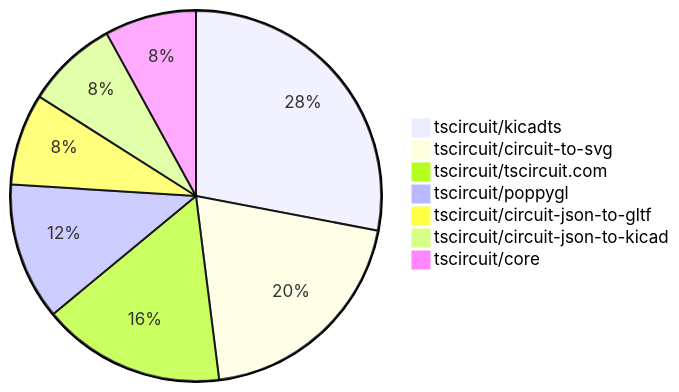
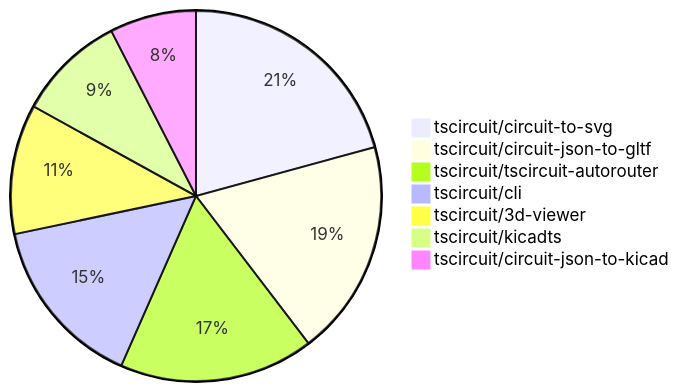
One commit to tscircuit/contribution-tracker changed the second of 2 diagrams in contribution-overviews/2025-10-01.md. Above: the diagram before and after it, drawn with Mermaid. The commit also changed other lines of this file and 3 other files, not shown here.

````diff
--- a/contribution-overviews/2025-10-01.md
+++ b/contribution-overviews/2025-10-01.md
@@ -57,10 +75,10 @@
 ```mermaid
 pie
-    "tscircuit/kicadts" : 7
-    "tscircuit/circuit-to-svg" : 5
-    "tscircuit/tscircuit.com" : 4
-    "tscircuit/poppygl" : 3
-    "tscircuit/circuit-json-to-gltf" : 2
-    "tscircuit/circuit-json-to-kicad" : 2
-    "tscircuit/core" : 2
+    "tscircuit/circuit-to-svg" : 11
+    "tscircuit/circuit-json-to-gltf" : 10
+    "tscircuit/tscircuit-autorouter" : 9
+    "tscircuit/cli" : 8
+    "tscircuit/3d-viewer" : 6
+    "tscircuit/kicadts" : 5
+    "tscircuit/circuit-json-to-kicad" : 4
 ```
````
